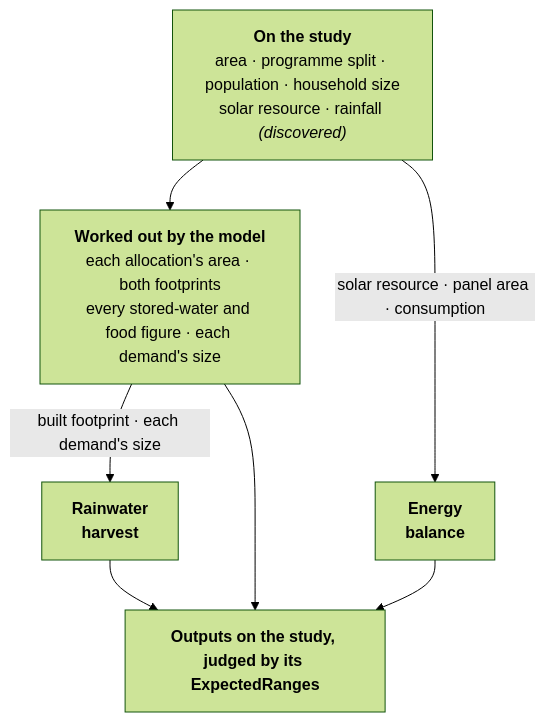
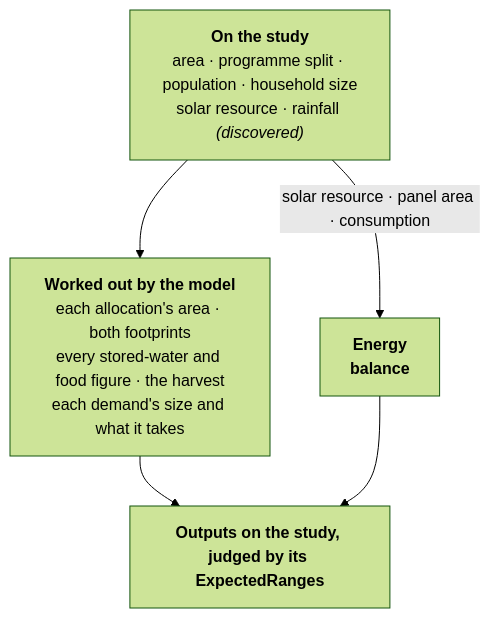
Before and after one commit to ReGen-Villages/VillageOS-API: the sixth of 11 diagrams in docs/LAND_INTAKE.md, drawn with Mermaid (forest theme). The commit also changed other lines of this file and 18 other files, not shown here.

````diff
--- a/docs/LAND_INTAKE.md
+++ b/docs/LAND_INTAKE.md
@@ -627,15 +628,12 @@
 ```mermaid
 flowchart TB
   R["<b>On the study</b><br/>area · programme split · population · household size<br/>solar resource · rainfall <i>(discovered)</i>"]
-  M["<b>Worked out by the model</b><br/>each allocation's area · both footprints<br/>every stored-water and food figure · each demand's size"]
+  M["<b>Worked out by the model</b><br/>each allocation's area · both footprints<br/>every stored-water and food figure · the harvest<br/>each demand's size and what it takes"]
   EB["<b>Energy<br/>balance</b>"]
-  RH["<b>Rainwater<br/>harvest</b>"]
   W["<b>Outputs on the study, judged by its ExpectedRanges</b>"]
 
   R --> M
   R -->|"solar resource · panel area · consumption"| EB
-  M -->|"built footprint · each demand's size"| RH
   M --> W
   EB --> W
-  RH --> W
 ```
````
